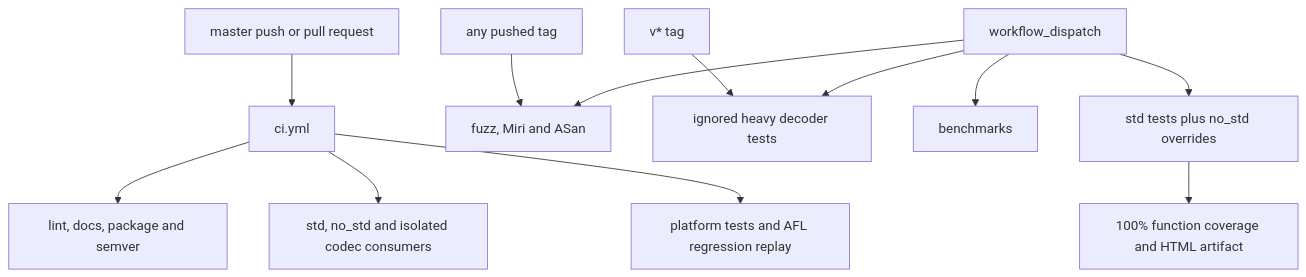
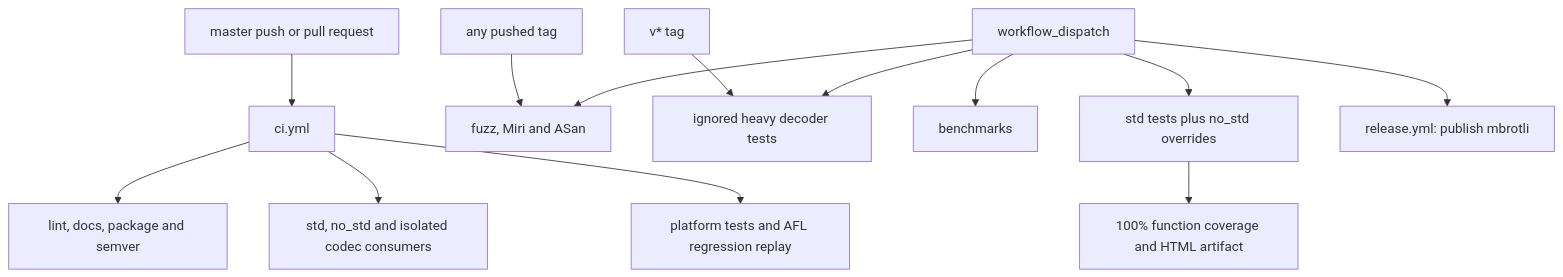
One commit to Mnwa/mbrotli changed the first of 3 diagrams in architecture/ci.md. Above: the diagram before and after it, drawn with Mermaid. The commit also changed other lines of this file and 3 other files, not shown here.

````diff
--- a/architecture/ci.md
+++ b/architecture/ci.md
@@ -19,14 +20,15 @@
 ```mermaid
 flowchart TD
     Branch[master push or pull request] --> Routine[ci.yml]
     Routine --> Build[lint, docs, package and semver]
     Routine --> Features[std, no_std and isolated codec consumers]
     Routine --> Tests[platform tests and AFL regression replay]
     Tag[any pushed tag] --> HeavyTools[fuzz, Miri and ASan]
     Release[v* tag] --> Decoder[ignored heavy decoder tests]
     Manual[workflow_dispatch] --> HeavyTools
     Manual --> Decoder
     Manual --> Bench[benchmarks]
     Manual --> Coverage[std tests plus no_std overrides]
+    Manual --> Publish[release.yml: publish mbrotli]
     Coverage --> Gate[100% function coverage and HTML artifact]
 ```
````
